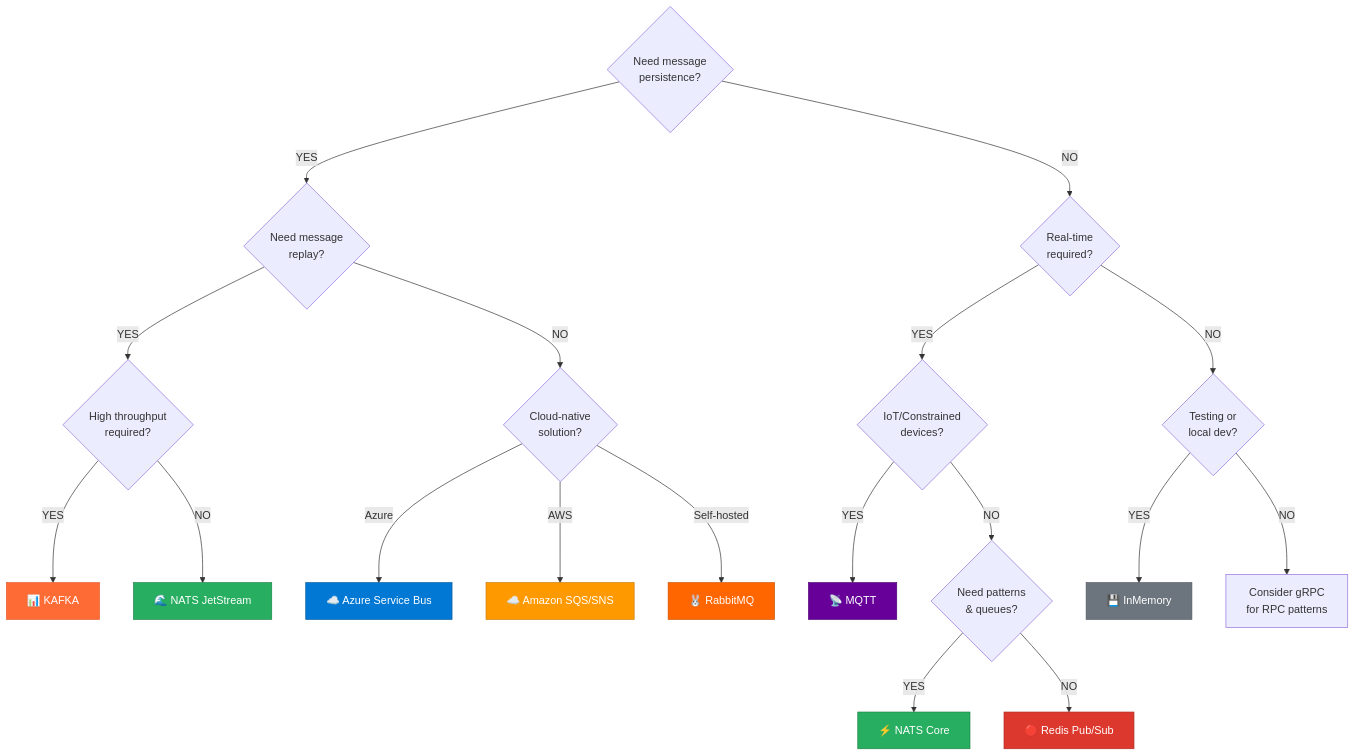
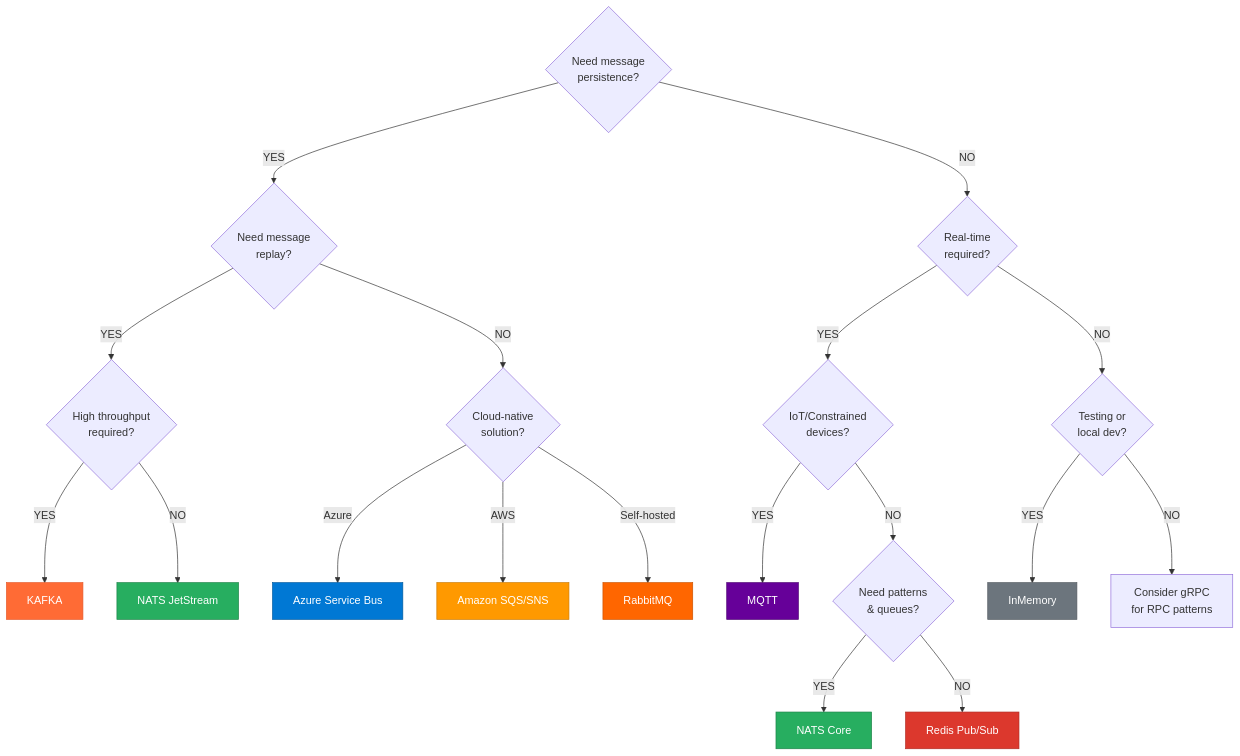
The first of 4 diagrams in docs/messaging/transports.md (dlrivada/Encina), drawn with Mermaid before and after one commit. The commit also changed other lines of this file and 1 other file, not shown here.

````diff
--- a/docs/messaging/transports.md
+++ b/docs/messaging/transports.md
@@ -43,38 +45,38 @@
 ```mermaid
 flowchart TD
     A{Need message<br/>persistence?}
     A -->|YES| B{Need message<br/>replay?}
     A -->|NO| C{Real-time<br/>required?}
 
     B -->|YES| D{High throughput<br/>required?}
     B -->|NO| E{Cloud-native<br/>solution?}
 
-    D -->|YES| F[📊 KAFKA]
-    D -->|NO| G[🌊 NATS JetStream]
+    D -->|YES| F[KAFKA]
+    D -->|NO| G[NATS JetStream]
 
-    E -->|Azure| H[☁️ Azure Service Bus]
-    E -->|AWS| I[☁️ Amazon SQS/SNS]
-    E -->|Self-hosted| J[🐰 RabbitMQ]
+    E -->|Azure| H[Azure Service Bus]
+    E -->|AWS| I[Amazon SQS/SNS]
+    E -->|Self-hosted| J[RabbitMQ]
 
     C -->|YES| K{IoT/Constrained<br/>devices?}
     C -->|NO| L{Testing or<br/>local dev?}
 
-    K -->|YES| M[📡 MQTT]
+    K -->|YES| M[MQTT]
     K -->|NO| N{Need patterns<br/>& queues?}
 
-    N -->|YES| O[⚡ NATS Core]
-    N -->|NO| P[🔴 Redis Pub/Sub]
+    N -->|YES| O[NATS Core]
+    N -->|NO| P[Redis Pub/Sub]
 
-    L -->|YES| Q[💾 InMemory]
+    L -->|YES| Q[InMemory]
     L -->|NO| R[Consider gRPC<br/>for RPC patterns]
 
     style F fill:#FF6B35,stroke:#E55A2B,color:#fff
     style G fill:#27AE60,stroke:#1E8449,color:#fff
     style H fill:#0078D4,stroke:#005A9E,color:#fff
     style I fill:#FF9900,stroke:#CC7A00,color:#fff
     style J fill:#FF6600,stroke:#CC5200,color:#fff
     style M fill:#660099,stroke:#4D0073,color:#fff
     style O fill:#27AE60,stroke:#1E8449,color:#fff
     style P fill:#DC382D,stroke:#B02D24,color:#fff
     style Q fill:#6C757D,stroke:#545B62,color:#fff
 ```
````
